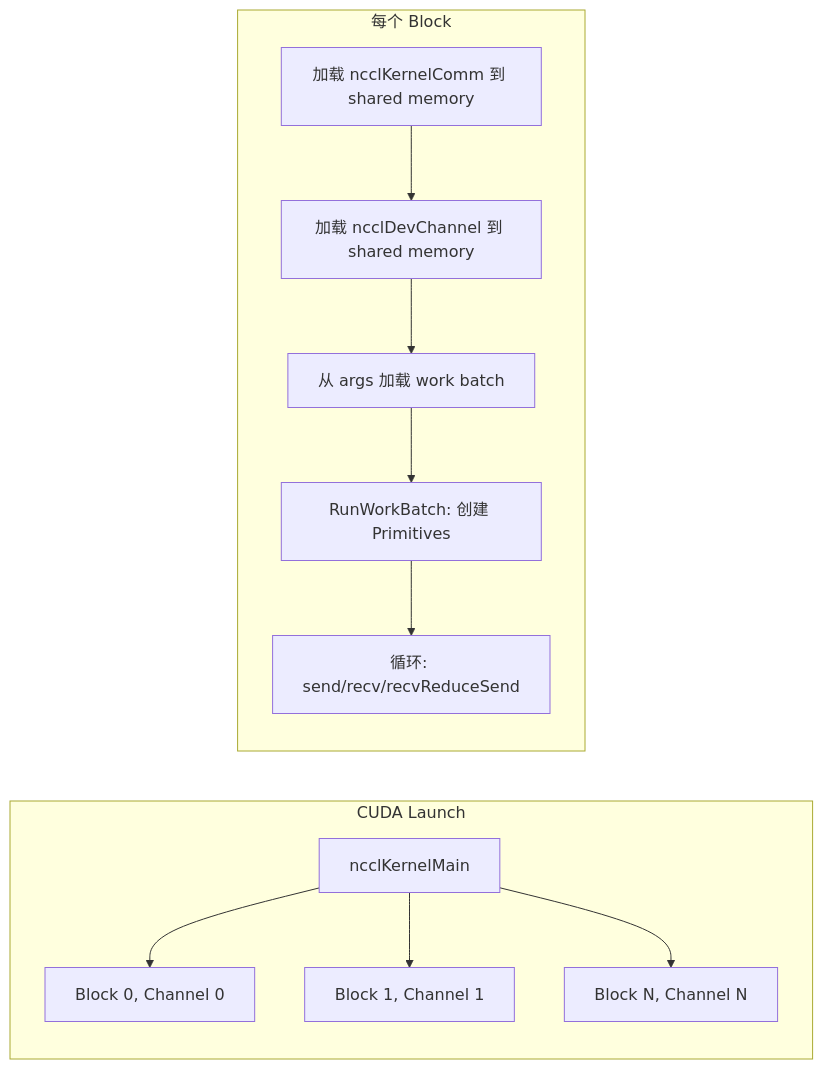
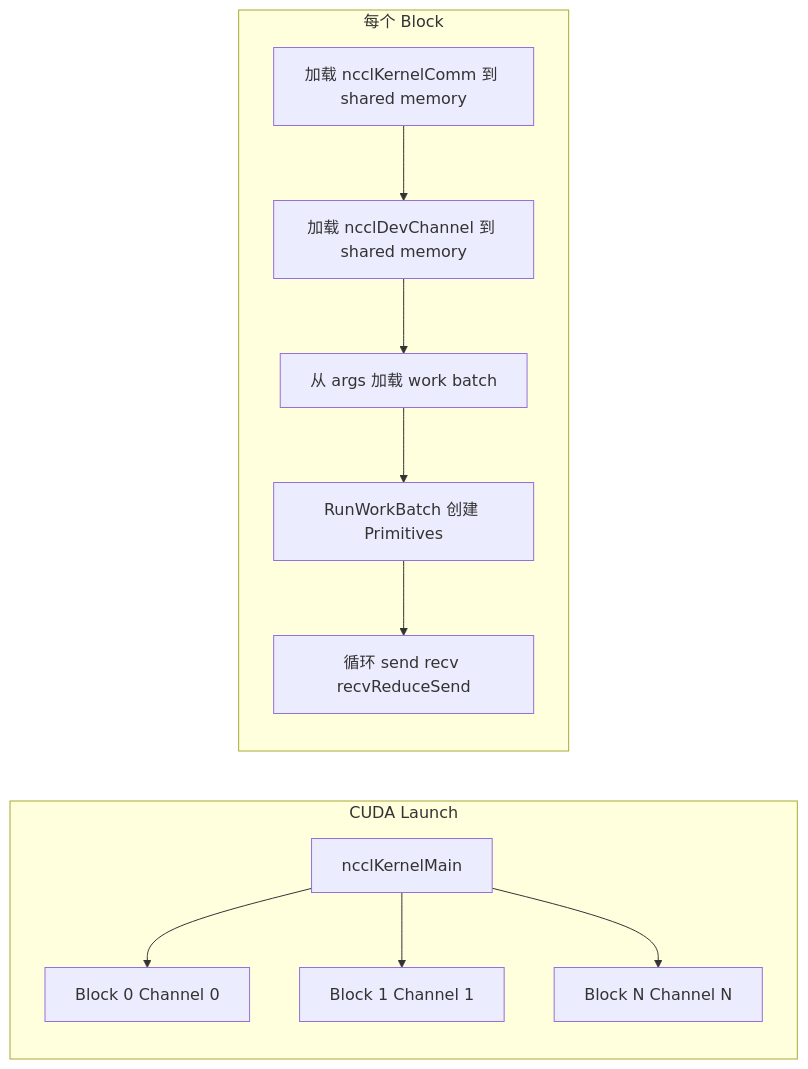
One commit to carlvinhust2012/MyStudy changed the fifth of 10 diagrams in AI Infra相关/nccl/nccl通信流程分析.md. Above: the diagram before and after it, drawn with Mermaid. The commit also changed other lines of this file, not shown here.

````diff
--- a/AI Infra相关/nccl/nccl通信流程分析.md
+++ b/AI Infra相关/nccl/nccl通信流程分析.md
@@ -275,21 +278,21 @@
 ```mermaid
 graph LR
-    subgraph "CUDA Launch"
+    subgraph CUDA Launch
         K["ncclKernelMain"]
-        B0["Block 0, Channel 0"]
-        B1["Block 1, Channel 1"]
-        BN["Block N, Channel N"]
+        B0["Block 0 Channel 0"]
+        B1["Block 1 Channel 1"]
+        BN["Block N Channel N"]
         K --> B0
         K --> B1
         K --> BN
     end
 
-    subgraph "每个 Block"
+    subgraph 每个 Block
         S1["加载 ncclKernelComm 到 shared memory"]
         S2["加载 ncclDevChannel 到 shared memory"]
         S3["从 args 加载 work batch"]
-        S4["RunWorkBatch: 创建 Primitives"]
-        S5["循环: send/recv/recvReduceSend"]
+        S4["RunWorkBatch 创建 Primitives"]
+        S5["循环 send recv recvReduceSend"]
         S1 --> S2 --> S3 --> S4 --> S5
     end
 ```
````
